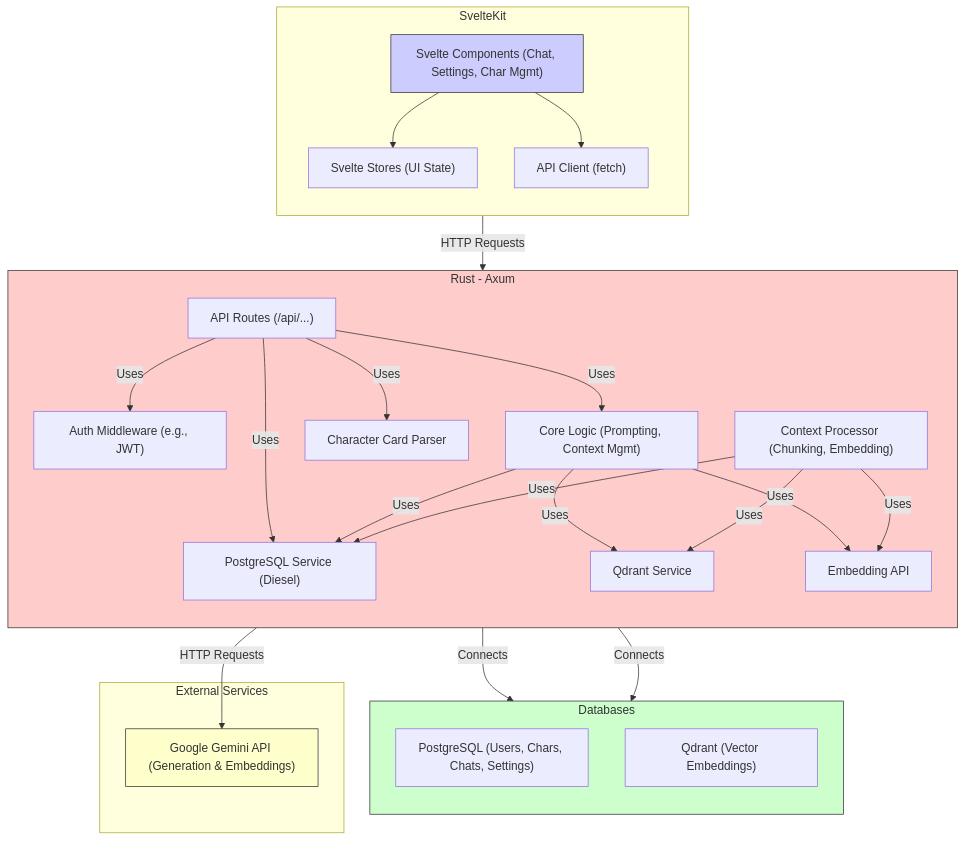
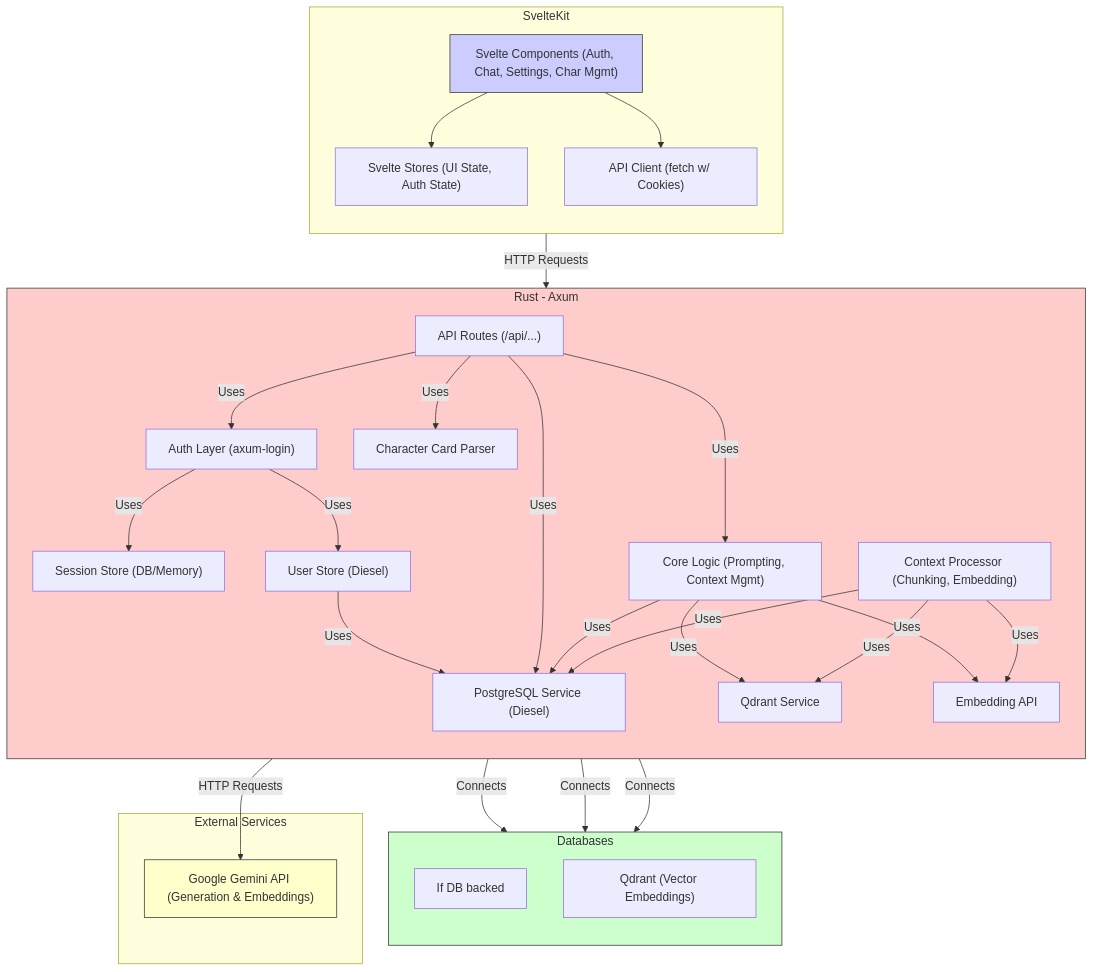
The diagram in docs/ARCHITECTURE.md (sanguinehost/scribe), drawn with Mermaid before and after one commit. The commit also changed other lines of this file and 2 other files, not shown here.

Commit message:
Refine auth design using axum-login and update plan

````diff
--- a/docs/ARCHITECTURE.md
+++ b/docs/ARCHITECTURE.md
@@ -47,54 +45,60 @@
 ```mermaid
 graph TD
     subgraph Browser ["SvelteKit"]
         direction TB
-        UI["Svelte Components (Chat, Settings, Char Mgmt)"]
-        STATE["Svelte Stores (UI State)"]
-        API_CLIENT["API Client (fetch)"]
+        UI["Svelte Components (Auth, Chat, Settings, Char Mgmt)"]
+        STATE["Svelte Stores (UI State, Auth State)"]
+        API_CLIENT["API Client (fetch w/ Cookies)"]
         UI --> STATE
         UI --> API_CLIENT
     end
 
     subgraph Backend ["Rust - Axum"]
         direction TB
         API_ROUTES["API Routes (/api/...)"]
-        AUTH["Auth Middleware (e.g., JWT)"]
+        AUTH["Auth Layer (axum-login)"]
+        SESSION_STORE["Session Store (DB/Memory)"]
+        USER_STORE["User Store (Diesel)"]
         CORE_LOGIC["Core Logic (Prompting, Context Mgmt)"]
         DB_SERVICE["PostgreSQL Service (Diesel)"]
         VECTOR_SERVICE["Qdrant Service"]
         GEMINI_CLIENT["Gemini API Client"]
         CHAR_PARSER["Character Card Parser"]
         CONTEXT_PROCESSOR["Context Processor (Chunking, Embedding)"]
 
         API_ROUTES -- Uses --> AUTH
+        AUTH -- Uses --> SESSION_STORE
+        AUTH -- Uses --> USER_STORE
+        USER_STORE -- Uses --> DB_SERVICE
         API_ROUTES -- Uses --> CORE_LOGIC
         API_ROUTES -- Uses --> DB_SERVICE
         API_ROUTES -- Uses --> CHAR_PARSER
         CORE_LOGIC -- Uses --> DB_SERVICE
         CORE_LOGIC -- Uses --> VECTOR_SERVICE
         CORE_LOGIC -- Uses --> GEMINI_CLIENT
         CONTEXT_PROCESSOR -- Uses --> DB_SERVICE
         CONTEXT_PROCESSOR -- Uses --> VECTOR_SERVICE
         CONTEXT_PROCESSOR -- Uses --> GEMINI_CLIENT[Embedding API]
     end
 
     subgraph Databases ["Databases"]
         direction TB
-        POSTGRES["PostgreSQL (Users, Chars, Chats, Settings)"]
+        POSTGRES["PostgreSQL (Users, Chars, Chats, Sessions)"]
         QDRANT["Qdrant (Vector Embeddings)"]
     end
 
     subgraph External_Services ["External Services"]
         GEMINI["Google Gemini API (Generation & Embeddings)"]
     end
 
     API_CLIENT -- HTTP Requests --> API_ROUTES
     DB_SERVICE -- Connects --> POSTGRES
+    SESSION_STORE -- Connects --> POSTGRES[If DB backed]
     VECTOR_SERVICE -- Connects --> QDRANT
     GEMINI_CLIENT -- HTTP Requests --> GEMINI
 
     style UI fill:#ccf,stroke:#333
     style Backend fill:#fcc,stroke:#333
     style Databases fill:#cfc,stroke:#333
     style GEMINI fill:#ffc,stroke:#333
 ```
````
